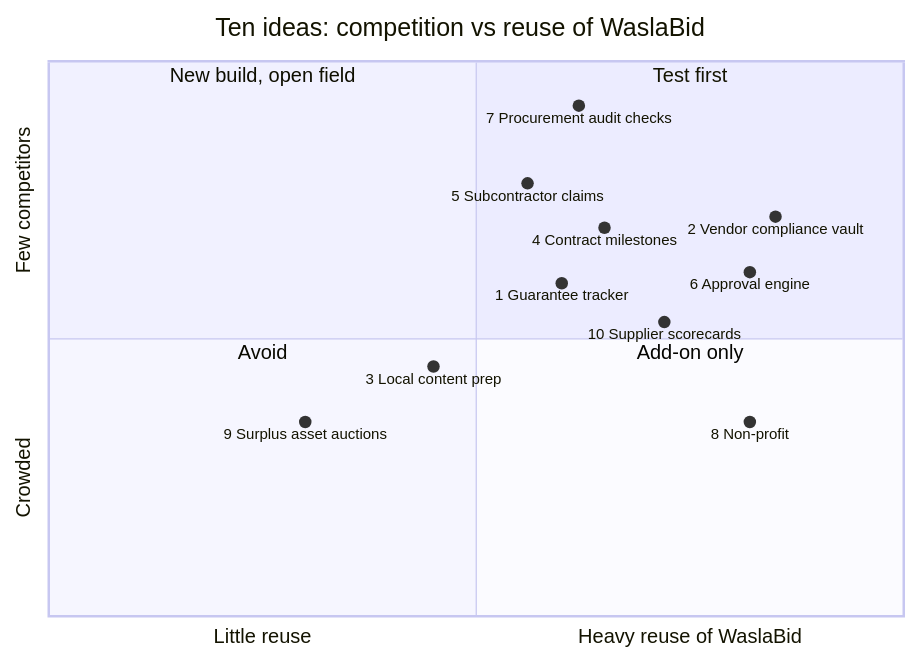
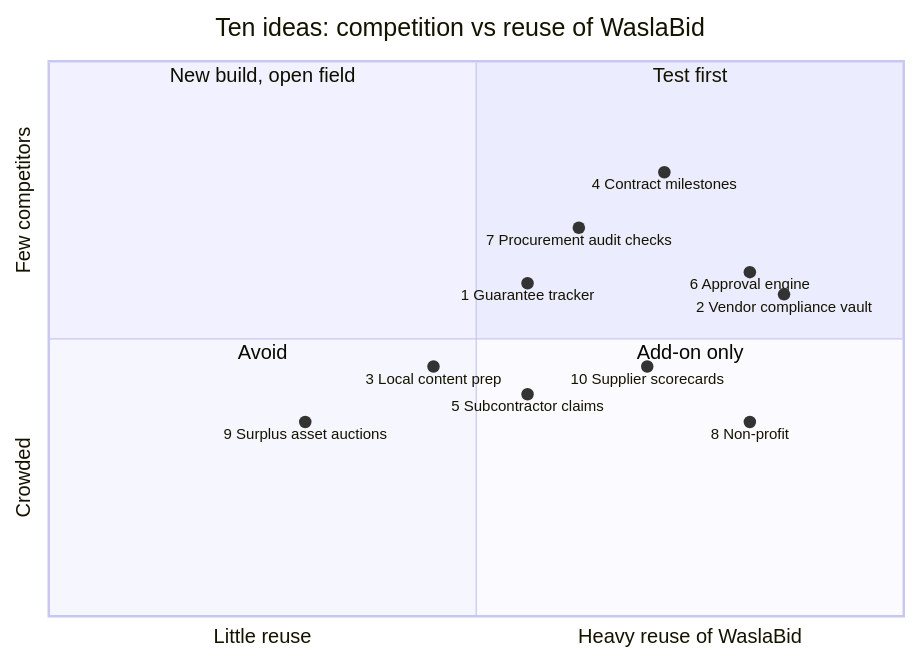
The first of 13 diagrams in docs/14-adjacent-ideas.md (AhmedAssaf/ERP), drawn with Mermaid before and after one commit. The commit also changed other lines of this file and 5 other files, not shown here.

````diff
--- a/docs/14-adjacent-ideas.md
+++ b/docs/14-adjacent-ideas.md
@@ -11,21 +11,21 @@
 ```mermaid
 %%{init: {"quadrantChart": {"chartWidth": 720, "chartHeight": 520}}}%%
 quadrantChart
     title Ten ideas: competition vs reuse of WaslaBid
     x-axis Little reuse --> Heavy reuse of WaslaBid
     y-axis Crowded --> Few competitors
     quadrant-1 Test first
     quadrant-2 New build, open field
     quadrant-3 Avoid
     quadrant-4 Add-on only
-    "1 Guarantee tracker": [0.60, 0.60]
-    "2 Vendor compliance vault": [0.85, 0.72]
+    "1 Guarantee tracker": [0.56, 0.60]
+    "2 Vendor compliance vault": [0.86, 0.58]
     "3 Local content prep": [0.45, 0.45]
-    "4 Contract milestones": [0.65, 0.70]
-    "5 Subcontractor claims": [0.56, 0.78]
+    "4 Contract milestones": [0.72, 0.80]
+    "5 Subcontractor claims": [0.56, 0.40]
     "6 Approval engine": [0.82, 0.62]
-    "7 Procurement audit checks": [0.62, 0.92]
+    "7 Procurement audit checks": [0.62, 0.70]
     "8 Non-profit": [0.82, 0.35]
     "9 Surplus asset auctions": [0.30, 0.35]
-    "10 Supplier scorecards": [0.72, 0.53]
+    "10 Supplier scorecards": [0.70, 0.45]
 ```
````
